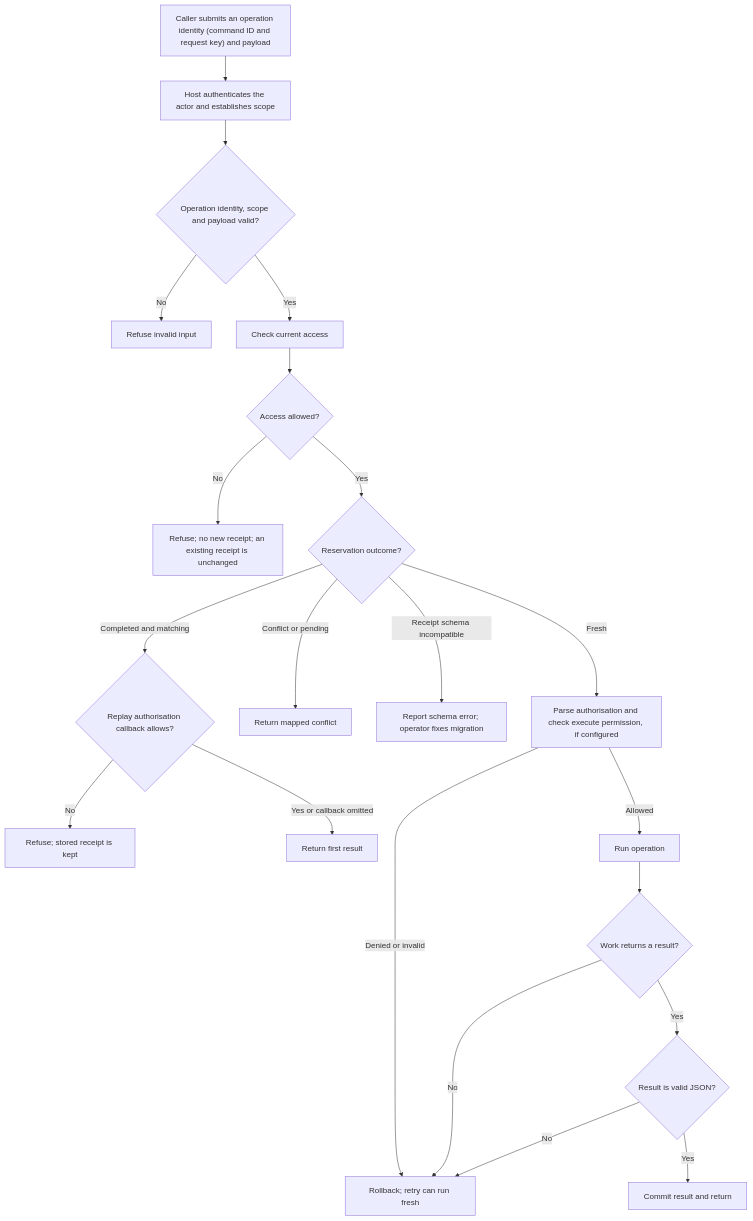
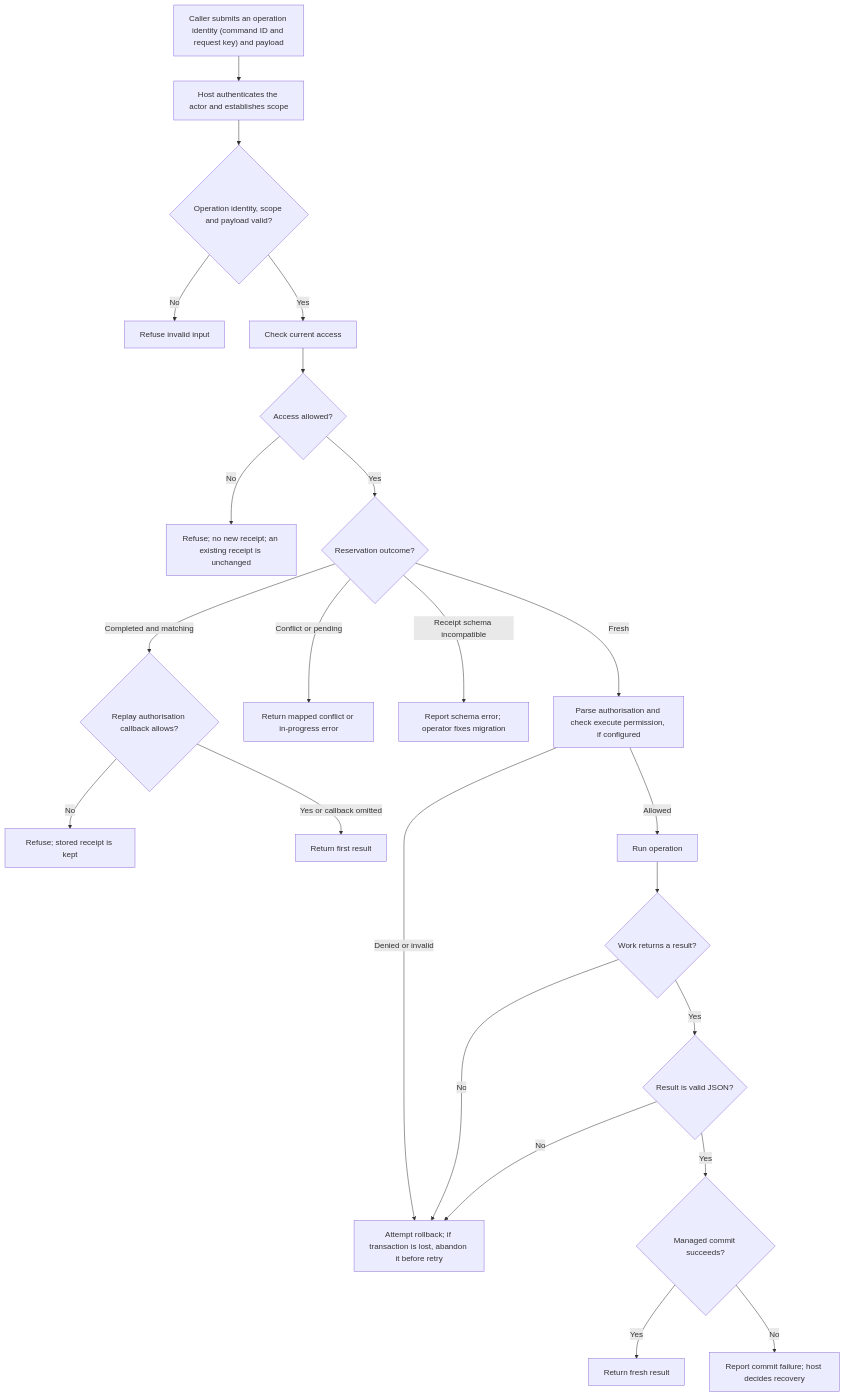
Before and after one commit to Kevinjohn/oss-adonisjs-duplicate-request-guard: the first of 2 diagrams in user-stories/US-GUARD-01-execute-command.md, drawn with Mermaid. The commit also changed other lines of this file and 6 other files, not shown here.

````diff
--- a/user-stories/US-GUARD-01-execute-command.md
+++ b/user-stories/US-GUARD-01-execute-command.md
@@ -33,23 +33,25 @@
 ```mermaid
 flowchart TD
     A["Caller submits an operation identity (command ID and request key) and payload"] --> B["Host authenticates the actor and establishes scope"]
     B --> V{"Operation identity, scope and payload valid?"}
     V -->|No| X["Refuse invalid input"]
     V -->|Yes| C["Check current access"]
     C --> C2{"Access allowed?"}
     C2 -->|No| C3["Refuse; no new receipt; an existing receipt is unchanged"]
     C2 -->|Yes| D{"Reservation outcome?"}
     D -->|Completed and matching| R{"Replay authorisation callback allows?"}
     R -->|No| R2["Refuse; stored receipt is kept"]
     R -->|Yes or callback omitted| E["Return first result"]
-    D -->|Conflict or pending| F["Return mapped conflict"]
+    D -->|Conflict or pending| F["Return mapped conflict or in-progress error"]
     D -->|Receipt schema incompatible| F2["Report schema error; operator fixes migration"]
     D -->|Fresh| P["Parse authorisation and check execute permission, if configured"]
     P -->|Denied or invalid| I
     P -->|Allowed| G["Run operation"]
     G --> H{"Work returns a result?"}
-    H -->|No| I["Rollback; retry can run fresh"]
+    H -->|No| I["Attempt rollback; if transaction is lost, abandon it before retry"]
     H -->|Yes| Q{"Result is valid JSON?"}
     Q -->|No| I
-    Q -->|Yes| J["Commit result and return"]
+    Q -->|Yes| J{"Managed commit succeeds?"}
+    J -->|Yes| K["Return fresh result"]
+    J -->|No| L["Report commit failure; host decides recovery"]
 ```
````
